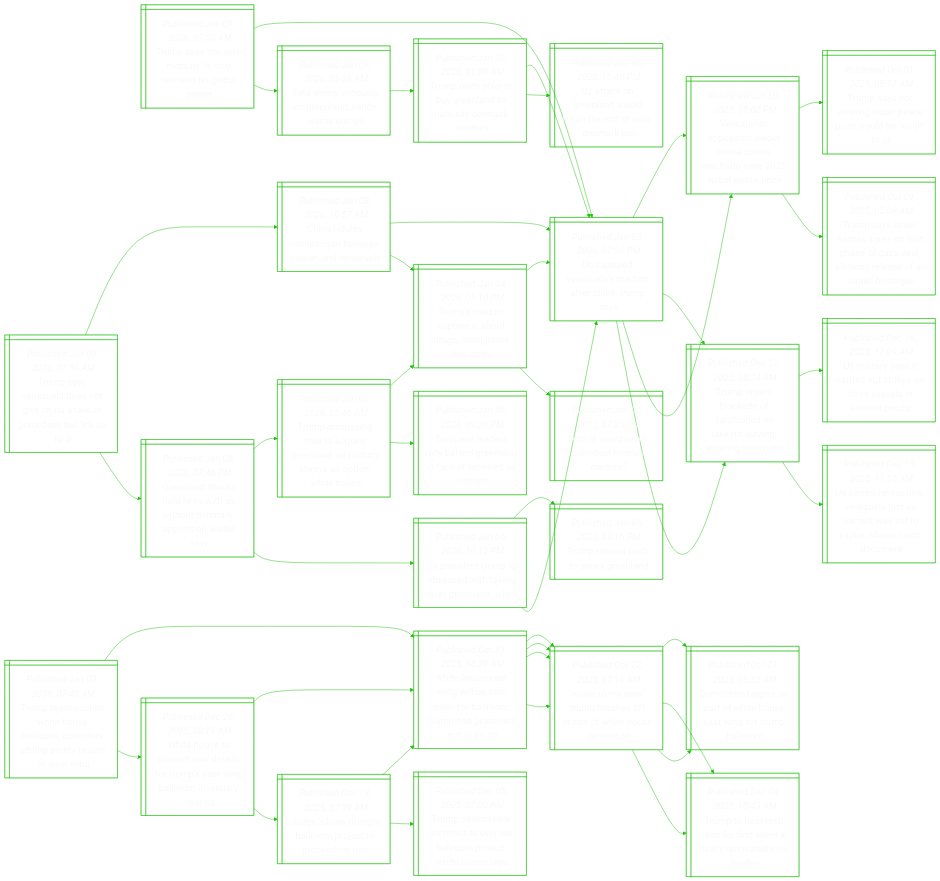
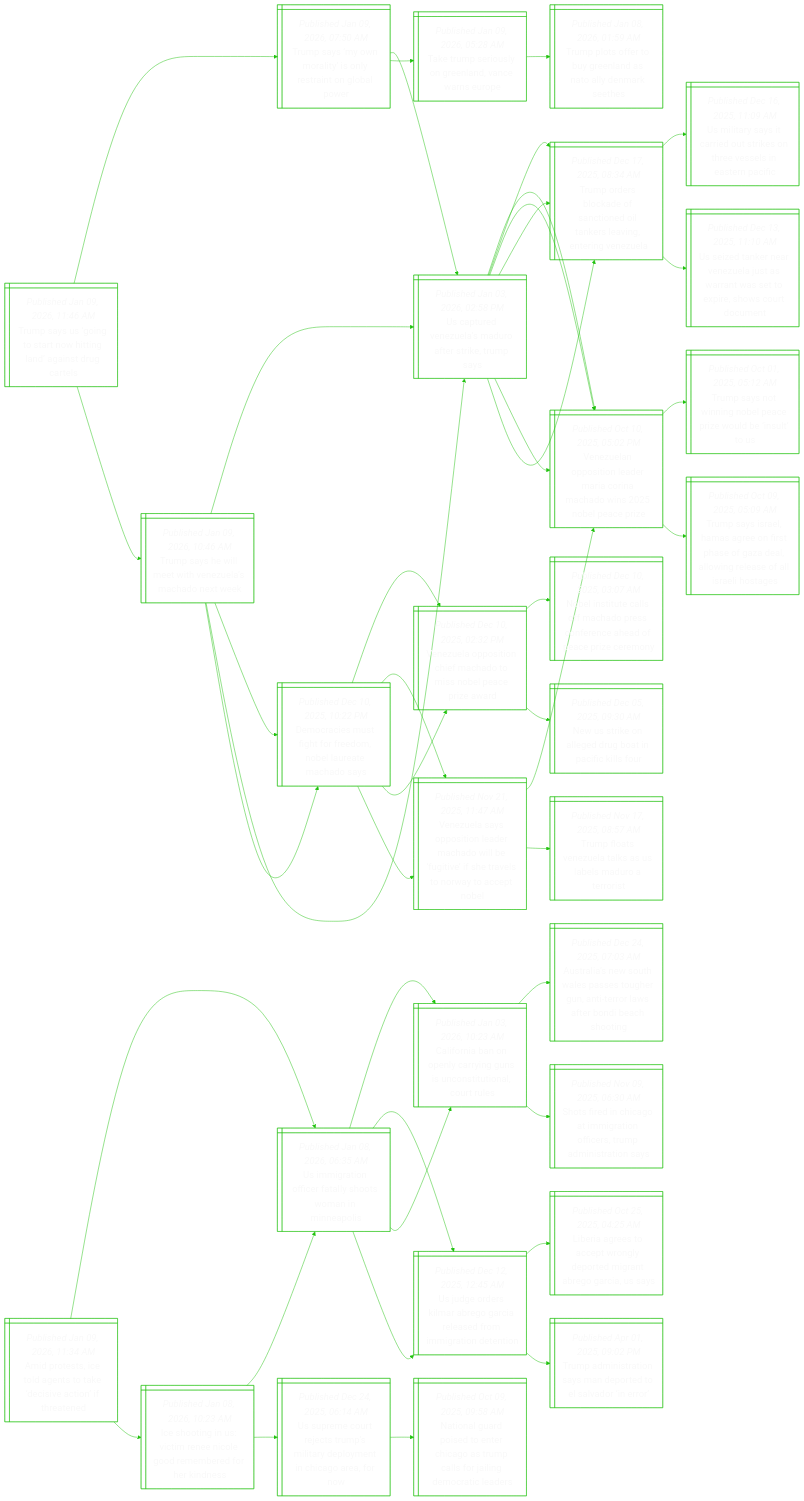
Before and after one commit to notJmes/notJmes: the diagram in README.md, drawn with Mermaid. The commit also changed other lines of this file, not shown here.

````diff
--- a/README.md
+++ b/README.md
@@ -16,8 +16,94 @@
 flowchart LR
 classDef txtsize font-size:20px;
 
+TsSgawinirr@{ shape: win-pane, label: "_Published Jan 09, 2026, 11:46 AM_
+Trump says us ‘going to start now hitting land’ against drug cartels" }
 Tsyotnsnlp@{ shape: win-pane, label: "_Published Jan 09, 2026, 07:50 AM_
 Trump says ‘my own morality’ is only restraint on global power" }
+UtVuMorkms@{ shape: win-pane, label: "_Published Jan 03, 2026, 02:58 PM_
+Us captured venezuela’s maduro after strike, trump says" }
+Vuoilranhibai@{ shape: win-pane, label: "_Published Oct 10, 2025, 05:02 PM_
+Venezuelan opposition leader maria corina machado wins 2025 nobel peace prize" }
+Toskftdasitgz@{ shape: win-pane, label: "_Published Dec 17, 2025, 08:34 AM_
+Trump orders blockade of sanctioned oil tankers leaving, entering venezuela" }
+TresGlaau@{ shape: win-pane, label: "_Published Jan 09, 2026, 05:28 AM_
+Take trump seriously on greenland, vance warns europe" }
+TpotGlsaekh@{ shape: win-pane, label: "_Published Jan 08, 2026, 01:59 AM_
+Trump plots offer to buy greenland as nato ally denmark seethes" }
+Tseminlcne@{ shape: win-pane, label: "_Published Jan 09, 2026, 10:46 AM_
+Trump says he will meet with venezuela’s machado next week" }
+UtVuMorkms@{ shape: win-pane, label: "_Published Jan 03, 2026, 02:58 PM_
+Us captured venezuela’s maduro after strike, trump says" }
+Vuoilranhibai@{ shape: win-pane, label: "_Published Oct 10, 2025, 05:02 PM_
+Venezuelan opposition leader maria corina machado wins 2025 nobel peace prize" }
+Toskftdasitgz@{ shape: win-pane, label: "_Published Dec 17, 2025, 08:34 AM_
+Trump orders blockade of sanctioned oil tankers leaving, entering venezuela" }
+DrsffeNlacs@{ shape: win-pane, label: "_Published Dec 10, 2025, 10:22 PM_
+Democracies must fight for freedom, nobel laureate machado says" }
+Vupthaoseczr@{ shape: win-pane, label: "_Published Dec 10, 2025, 02:32 PM_
+Venezuela opposition chief machado to miss nobel peace prize award" }
+Vuapiaaobiitloteb@{ shape: win-pane, label: "_Published Nov 21, 2025, 11:47 AM_
+Venezuela says opposition leader machado will be ‘fugitive’ if she travels to norway to accept nobel" }
+
+TsSgawinirr:::txtsize --> Tsyotnsnlp:::txtsize
+Tsyotnsnlp:::txtsize --> UtVuMorkms:::txtsize
+UtVuMorkms:::txtsize --> Vuoilranhibai:::txtsize
+UtVuMorkms:::txtsize --> Toskftdasitgz:::txtsize
+Tsyotnsnlp:::txtsize --> TresGlaau:::txtsize
+TresGlaau:::txtsize --> TpotGlsaekh:::txtsize
+TsSgawinirr:::txtsize --> Tseminlcne:::txtsize
+Tseminlcne:::txtsize --> UtVuMorkms:::txtsize
+UtVuMorkms:::txtsize --> Vuoilranhibai:::txtsize
+UtVuMorkms:::txtsize --> Toskftdasitgz:::txtsize
+Tseminlcne:::txtsize --> DrsffeNlacs:::txtsize
+DrsffeNlacs:::txtsize --> Vupthaoseczr:::txtsize
+DrsffeNlacs:::txtsize --> Vuapiaaobiitloteb:::txtsize
+
+Arttgtesciee@{ shape: win-pane, label: "_Published Jan 09, 2026, 11:34 AM_
+Amid protests, ice told agents to take ‘decisive action’ if threatened" }
+UiifflomMas@{ shape: win-pane, label: "_Published Jan 08, 2026, 06:35 AM_
+Us immigration officer fatally shoots woman in minneapolis" }
+Coboyyuustlts@{ shape: win-pane, label: "_Published Jan 03, 2026, 10:23 AM_
+California ban on openly carrying guns is unconstitutional, court rules" }
+AaNulsornratnaog@{ shape: win-pane, label: "_Published Dec 24, 2025, 07:03 AM_
+Australia’s new south wales passes tougher gun, anti-terror laws after bondi beach shooting" }
+SfictgoiTaita@{ shape: win-pane, label: "_Published Nov 09, 2025, 06:30 AM_
+Shots fired in chicago at immigration officers, trump administration says" }
+UgelbGaarmtei@{ shape: win-pane, label: "_Published Dec 12, 2025, 12:45 AM_
+Us judge orders kilmar abrego garcia released from immigration detention" }
+LieatgpdaraUs@{ shape: win-pane, label: "_Published Oct 25, 2025, 04:25 AM_
+Liberia agrees to accept wrongly deported migrant abrego garcia, us says" }
+Taitanrolrr@{ shape: win-pane, label: "_Published Apr 01, 2025, 09:02 PM_
+Trump administration says man deported to el salvador ‘in error’" }
+IogVmeldmded@{ shape: win-pane, label: "_Published Jan 08, 2026, 10:23 AM_
+Ice shooting in us: victim renee nicole good remembered for her kindness" }
+UiifflomMas@{ shape: win-pane, label: "_Published Jan 08, 2026, 06:35 AM_
+Us immigration officer fatally shoots woman in minneapolis" }
+Coboyyuustlts@{ shape: win-pane, label: "_Published Jan 03, 2026, 10:23 AM_
+California ban on openly carrying guns is unconstitutional, court rules" }
+UgelbGaarmtei@{ shape: win-pane, label: "_Published Dec 12, 2025, 12:45 AM_
+Us judge orders kilmar abrego garcia released from immigration detention" }
+Uroespidyicrr@{ shape: win-pane, label: "_Published Dec 24, 2025, 06:14 AM_
+Us supreme court rejects trump’s military deployment in chicago area, for now" }
+NnaioraTcfiDrlr@{ shape: win-pane, label: "_Published Oct 09, 2025, 09:58 AM_
+National guard poised to enter chicago as trump calls for jailing democratic leaders" }
+
+Arttgtesciee:::txtsize --> UiifflomMas:::txtsize
+UiifflomMas:::txtsize --> Coboyyuustlts:::txtsize
+Coboyyuustlts:::txtsize --> AaNulsornratnaog:::txtsize
+Coboyyuustlts:::txtsize --> SfictgoiTaita:::txtsize
+UiifflomMas:::txtsize --> UgelbGaarmtei:::txtsize
+UgelbGaarmtei:::txtsize --> LieatgpdaraUs:::txtsize
+UgelbGaarmtei:::txtsize --> Taitanrolrr:::txtsize
+Arttgtesciee:::txtsize --> IogVmeldmded:::txtsize
+IogVmeldmded:::txtsize --> UiifflomMas:::txtsize
+UiifflomMas:::txtsize --> Coboyyuustlts:::txtsize
+UiifflomMas:::txtsize --> UgelbGaarmtei:::txtsize
+IogVmeldmded:::txtsize --> Uroespidyicrr:::txtsize
+Uroespidyicrr:::txtsize --> NnaioraTcfiDrlr:::txtsize
+
+Tseminlcne@{ shape: win-pane, label: "_Published Jan 09, 2026, 10:46 AM_
+Trump says he will meet with venezuela’s machado next week" }
 UtVuMorkms@{ shape: win-pane, label: "_Published Jan 03, 2026, 02:58 PM_
 Us captured venezuela’s maduro after strike, trump says" }
 Vuoilranhibai@{ shape: win-pane, label: "_Published Oct 10, 2025, 05:02 PM_
@@ -32,117 +118,34 @@
 Us military says it carried out strikes on three vessels in eastern pacific" }
 Uznenltrwtphoon@{ shape: win-pane, label: "_Published Dec 13, 2025, 11:10 AM_
 Us seized tanker near venezuela just as warrant was set to expire, shows court document" }
-TresGlaau@{ shape: win-pane, label: "_Published Jan 09, 2026, 05:28 AM_
-Take trump seriously on greenland, vance warns europe" }
-TpotGlsaekh@{ shape: win-pane, label: "_Published Jan 08, 2026, 01:59 AM_
-Trump plots offer to buy greenland as nato ally denmark seethes" }
-UtVuMorkms@{ shape: win-pane, label: "_Published Jan 03, 2026, 02:58 PM_
-Us captured venezuela’s maduro after strike, trump says" }
-UaGloeefDr@{ shape: win-pane, label: "_Published Jan 05, 2026, 11:40 PM_
-Us attack on greenland would mean the end of nato: denmark pm" }
+DrsffeNlacs@{ shape: win-pane, label: "_Published Dec 10, 2025, 10:22 PM_
+Democracies must fight for freedom, nobel laureate machado says" }
+Vupthaoseczr@{ shape: win-pane, label: "_Published Dec 10, 2025, 02:32 PM_
+Venezuela opposition chief machado to miss nobel peace prize award" }
+NItafhroehfeem@{ shape: win-pane, label: "_Published Dec 10, 2025, 03:07 AM_
+Nobel institute calls off machado press conference ahead of peace prize ceremony" }
+NseldoPilr@{ shape: win-pane, label: "_Published Dec 05, 2025, 09:30 AM_
+New us strike on alleged drug boat in pacific kills four" }
+Vuapiaaobiitloteb@{ shape: win-pane, label: "_Published Nov 21, 2025, 11:47 AM_
+Venezuela says opposition leader machado will be ‘fugitive’ if she travels to norway to accept nobel" }
+Vuoilranhibai@{ shape: win-pane, label: "_Published Oct 10, 2025, 05:02 PM_
+Venezuelan opposition leader maria corina machado wins 2025 nobel peace prize" }
+TfsztaaMort@{ shape: win-pane, label: "_Published Nov 17, 2025, 08:57 AM_
+Trump floats venezuela talks as us labels maduro a terrorist" }
 
-Tsyotnsnlp:::txtsize --> UtVuMorkms:::txtsize
+Tseminlcne:::txtsize --> UtVuMorkms:::txtsize
 UtVuMorkms:::txtsize --> Vuoilranhibai:::txtsize
 Vuoilranhibai:::txtsize --> TsonoeroelS:::txtsize
 Vuoilranhibai:::txtsize --> TssHaossaaorslaoe:::txtsize
 UtVuMorkms:::txtsize --> Toskftdasitgz:::txtsize
 Toskftdasitgz:::txtsize --> Uistitktvlanf:::txtsize
 Toskftdasitgz:::txtsize --> Uznenltrwtphoon:::txtsize
-Tsyotnsnlp:::txtsize --> TresGlaau:::txtsize
-TresGlaau:::txtsize --> TpotGlsaekh:::txtsize
-TpotGlsaekh:::txtsize --> UtVuMorkms:::txtsize
-TpotGlsaekh:::txtsize --> UaGloeefDr:::txtsize
-
-Ttiseeroedtttsg@{ shape: win-pane, label: "_Published Jan 09, 2026, 07:45 AM_
-Trump team pitches white house ballroom, considers adding storey to part of west wing" }
-WHEilowboudioo@{ shape: win-pane, label: "_Published Oct 23, 2025, 04:39 AM_
-White house east wing will be torn down for ballroom, trump had promised not to do so" }
-Mtauuoiotsoo@{ shape: win-pane, label: "_Published Oct 22, 2025, 07:16 AM_
-‘music to my ears’: trump brushes off critics of white house demolition" }
-DibsrhoanTbo@{ shape: win-pane, label: "_Published Oct 21, 2025, 06:35 AM_
-Demolition begins on part of white house east wing for trump ballroom" }
-TttCosneetsd@{ shape: win-pane, label: "_Published Sep 04, 2025, 10:43 AM_
-Trump to host tech ceos for first event in newly renovated rose garden" }
-Mtauuoiotsoo@{ shape: win-pane, label: "_Published Oct 22, 2025, 07:16 AM_
-‘music to my ears’: trump brushes off critics of white house demolition" }
-DibsrhoanTbo@{ shape: win-pane, label: "_Published Oct 21, 2025, 06:35 AM_
-Demolition begins on part of white house east wing for trump ballroom" }
-TttCosneetsd@{ shape: win-pane, label: "_Published Sep 04, 2025, 10:43 AM_
-Trump to host tech ceos for first event in newly renovated rose garden" }
-WHtseaomsgrnaa@{ shape: win-pane, label: "_Published Dec 26, 2025, 08:19 AM_
-White house to present new details for trump’s east wing ballroom in january hearing" }
-WHEilowboudioo@{ shape: win-pane, label: "_Published Oct 23, 2025, 04:39 AM_
-White house east wing will be torn down for ballroom, trump had promised not to do so" }
-Mtauuoiotsoo@{ shape: win-pane, label: "_Published Oct 22, 2025, 07:16 AM_
-‘music to my ears’: trump brushes off critics of white house demolition" }
-Mtauuoiotsoo@{ shape: win-pane, label: "_Published Oct 22, 2025, 07:16 AM_
-‘music to my ears’: trump brushes off critics of white house demolition" }
-Jasplpcrdo@{ shape: win-pane, label: "_Published Dec 18, 2025, 07:59 AM_
-Judge allows trump’s ballroom project to proceed for now" }
-WHEilowboudioo@{ shape: win-pane, label: "_Published Oct 23, 2025, 04:39 AM_
-White house east wing will be torn down for ballroom, trump had promised not to do so" }
-Tstatoslmeiuy@{ shape: win-pane, label: "_Published Dec 05, 2025, 07:00 AM_
-Trump selects new architect to oversee ballroom project, white house says" }
-
-Ttiseeroedtttsg:::txtsize --> WHEilowboudioo:::txtsize
-WHEilowboudioo:::txtsize --> Mtauuoiotsoo:::txtsize
-Mtauuoiotsoo:::txtsize --> DibsrhoanTbo:::txtsize
-Mtauuoiotsoo:::txtsize --> TttCosneetsd:::txtsize
-WHEilowboudioo:::txtsize --> Mtauuoiotsoo:::txtsize
-Mtauuoiotsoo:::txtsize --> DibsrhoanTbo:::txtsize
-Mtauuoiotsoo:::txtsize --> TttCosneetsd:::txtsize
-Ttiseeroedtttsg:::txtsize --> WHtseaomsgrnaa:::txtsize
-WHtseaomsgrnaa:::txtsize --> WHEilowboudioo:::txtsize
-WHEilowboudioo:::txtsize --> Mtauuoiotsoo:::txtsize
-WHEilowboudioo:::txtsize --> Mtauuoiotsoo:::txtsize
-WHtseaomsgrnaa:::txtsize --> Jasplpcrdo:::txtsize
-Jasplpcrdo:::txtsize --> WHEilowboudioo:::txtsize
-Jasplpcrdo:::txtsize --> Tstatoslmeiuy:::txtsize
-
-TseeeghTnebsX@{ shape: win-pane, label: "_Published Jan 09, 2026, 07:36 AM_
-Trump says venezuela does not give china a taiwan precedent, but ‘it’s up to’ xi" }
-Crepowaanl@{ shape: win-pane, label: "_Published Jan 08, 2026, 10:57 AM_
-China refutes comparison between taiwan and venezuela" }
-UtVuMorkms@{ shape: win-pane, label: "_Published Jan 03, 2026, 02:58 PM_
-Us captured venezuela’s maduro after strike, trump says" }
-Vuoilranhibai@{ shape: win-pane, label: "_Published Oct 10, 2025, 05:02 PM_
-Venezuelan opposition leader maria corina machado wins 2025 nobel peace prize" }
-Toskftdasitgz@{ shape: win-pane, label: "_Published Dec 17, 2025, 08:34 AM_
-Trump orders blockade of sanctioned oil tankers leaving, entering venezuela" }
-Tsrtstsgsh@{ shape: win-pane, label: "_Published Jan 04, 2026, 01:10 PM_
-Trump’s maduro capture is about drugs, immigrants and china" }
-UtVuMorkms@{ shape: win-pane, label: "_Published Jan 03, 2026, 02:58 PM_
-Us captured venezuela’s maduro after strike, trump says" }
-WVuPdisr@{ shape: win-pane, label: "_Published Jan 03, 2026, 07:25 PM_
-Who is venezuela’s president nicolas maduro?" }
-Glhhaiwumptes@{ shape: win-pane, label: "_Published Jan 08, 2026, 07:46 PM_
-Greenland should hold talks with us without denmark, opposition leader says" }
-TdsharedlyypWH@{ shape: win-pane, label: "_Published Jan 07, 2026, 05:46 AM_
-Trump discussing how to acquire greenland; us military always an option: white house" }
-Tsrtstsgsh@{ shape: win-pane, label: "_Published Jan 04, 2026, 01:10 PM_
-Trump’s maduro capture is about drugs, immigrants and china" }
-EearbdnienUe@{ shape: win-pane, label: "_Published Jan 06, 2026, 09:26 PM_
-European leaders rally behind greenland in face of renewed us interest" }
-UstpsdtgGlh@{ shape: win-pane, label: "_Published Jan 05, 2026, 10:15 PM_
-Us president trump is obsessed with taking over greenland. why?" }
-Trsteed@{ shape: win-pane, label: "_Published Jan 05, 2026, 02:16 PM_
-Trump renews push to annex greenland" }
-UtVuMorkms@{ shape: win-pane, label: "_Published Jan 03, 2026, 02:58 PM_
-Us captured venezuela’s maduro after strike, trump says" }
-
-TseeeghTnebsX:::txtsize --> Crepowaanl:::txtsize
-Crepowaanl:::txtsize --> UtVuMorkms:::txtsize
-UtVuMorkms:::txtsize --> Vuoilranhibai:::txtsize
-UtVuMorkms:::txtsize --> Toskftdasitgz:::txtsize
-Crepowaanl:::txtsize --> Tsrtstsgsh:::txtsize
-Tsrtstsgsh:::txtsize --> UtVuMorkms:::txtsize
-Tsrtstsgsh:::txtsize --> WVuPdisr:::txtsize
-TseeeghTnebsX:::txtsize --> Glhhaiwumptes:::txtsize
-Glhhaiwumptes:::txtsize --> TdsharedlyypWH:::txtsize
-TdsharedlyypWH:::txtsize --> Tsrtstsgsh:::txtsize
-TdsharedlyypWH:::txtsize --> EearbdnienUe:::txtsize
-Glhhaiwumptes:::txtsize --> UstpsdtgGlh:::txtsize
-UstpsdtgGlh:::txtsize --> Trsteed:::txtsize
-UstpsdtgGlh:::txtsize --> UtVuMorkms:::txtsize
+Tseminlcne:::txtsize --> DrsffeNlacs:::txtsize
+DrsffeNlacs:::txtsize --> Vupthaoseczr:::txtsize
+Vupthaoseczr:::txtsize --> NItafhroehfeem:::txtsize
+Vupthaoseczr:::txtsize --> NseldoPilr:::txtsize
+DrsffeNlacs:::txtsize --> Vuapiaaobiitloteb:::txtsize
+Vuapiaaobiitloteb:::txtsize --> Vuoilranhibai:::txtsize
+Vuapiaaobiitloteb:::txtsize --> TfsztaaMort:::txtsize
 
 ```
````
